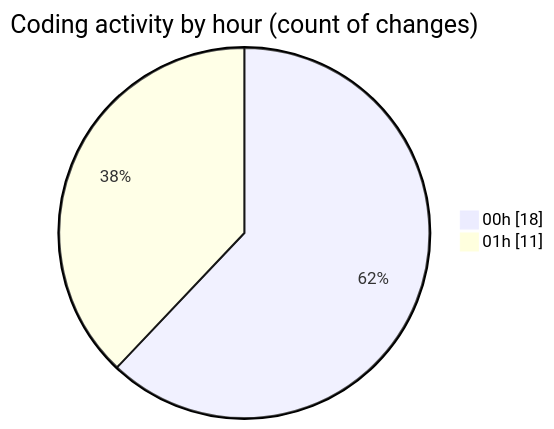
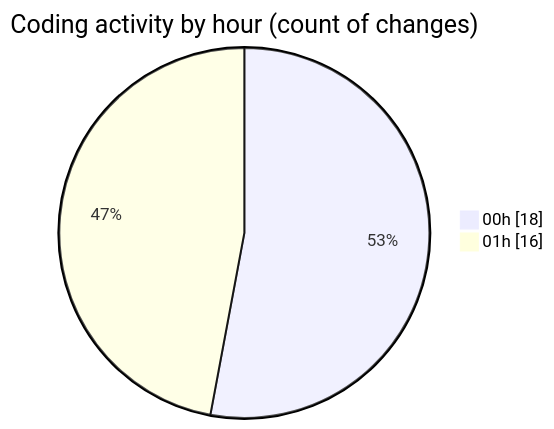
One commit to Elitesun/code-tracking changed the second of 2 diagrams in 2025-05-12/elitesun/README.md. Above: the diagram before and after it, drawn with Mermaid. The commit also changed other lines of this file and 1 other file, not shown here.

````diff
--- a/2025-05-12/elitesun/README.md
+++ b/2025-05-12/elitesun/README.md
@@ -42,6 +44,6 @@
 ```mermaid
 pie showData
 title Coding activity by hour (count of changes)
 "00h" : 18
-"01h" : 11
+"01h" : 16
 ```
````
